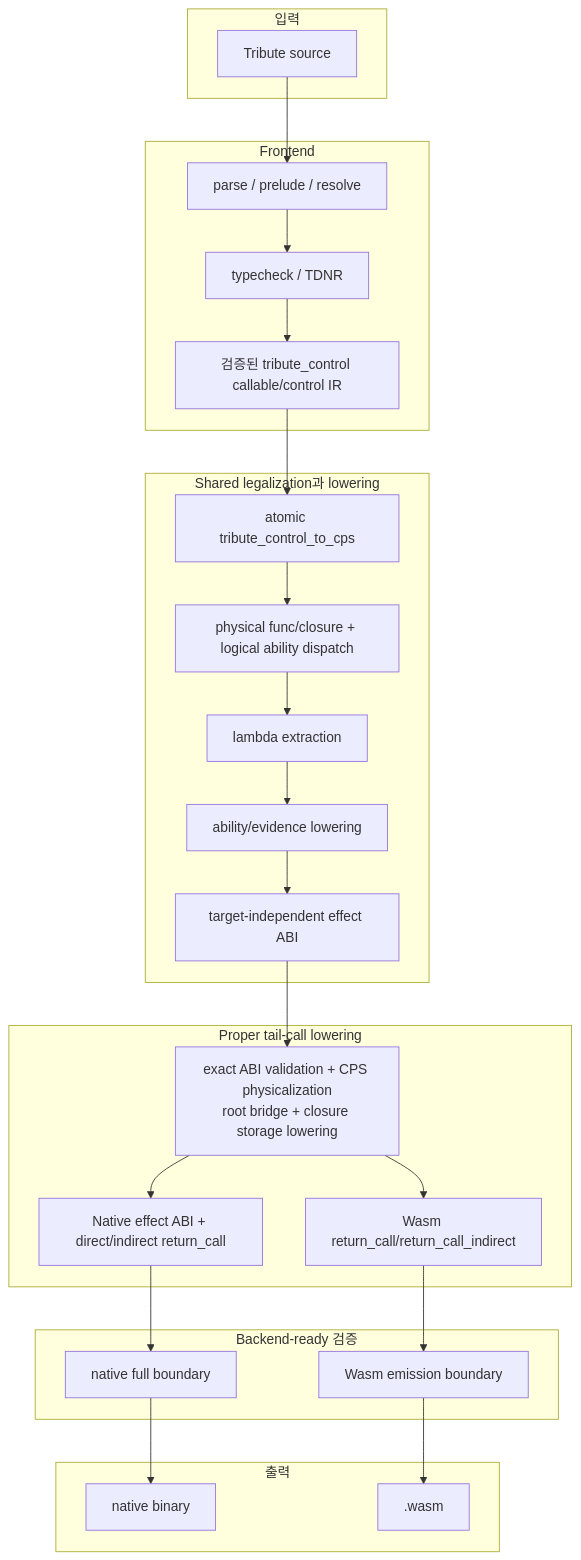
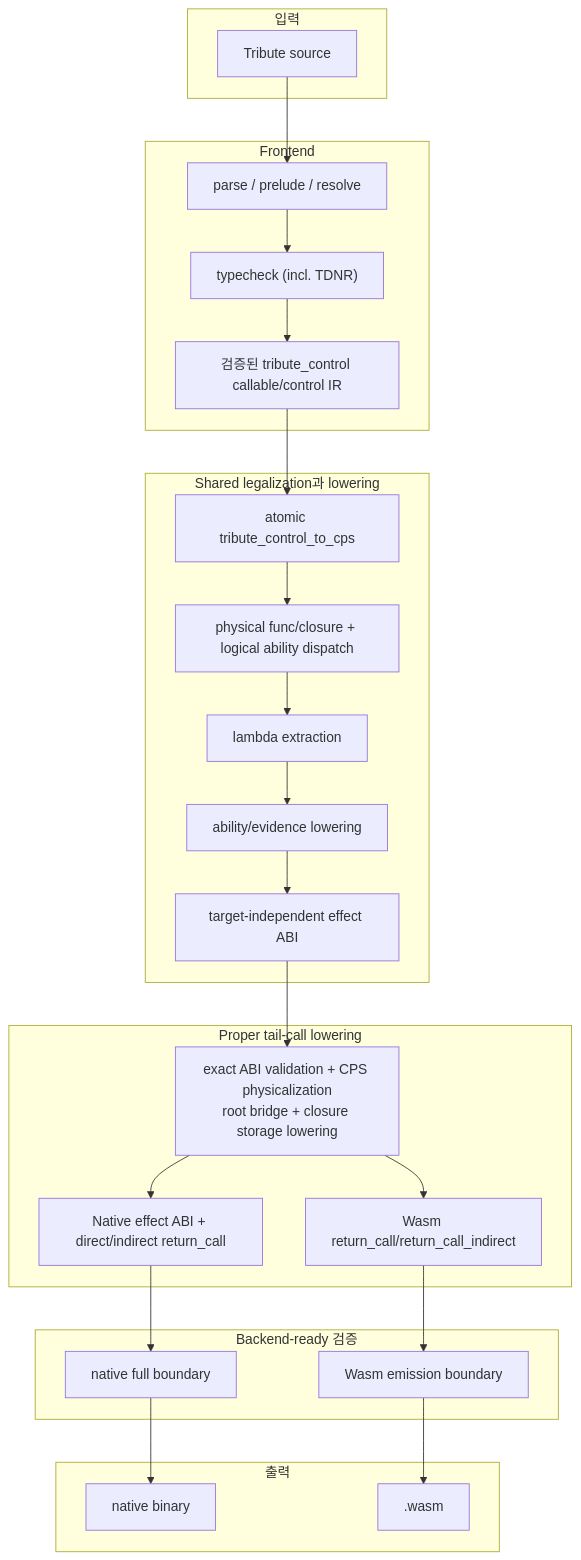
The diagram in new-plans/implementation.md (Kroisse/tribute), drawn with Mermaid before and after one commit. The commit also changed 9 other files, not shown here.

````diff
--- a/new-plans/implementation.md
+++ b/new-plans/implementation.md
@@ -732,52 +732,52 @@
 ```mermaid
 flowchart TB
     subgraph input["입력"]
         source["Tribute source"]
     end
 
     subgraph frontend["Frontend"]
         parse["parse / prelude / resolve"]
-        typecheck["typecheck / TDNR"]
+        typecheck["typecheck (incl. TDNR)"]
         direct["검증된 tribute_control callable/control IR"]
     end
 
     subgraph shared["Shared legalization과 lowering"]
         cps["atomic tribute_control_to_cps"]
         physical["physical func/closure + logical ability dispatch"]
         closure["lambda extraction"]
         ability["ability/evidence lowering"]
         effect["target-independent effect ABI"]
     end
 
     subgraph targets["Proper tail-call lowering"]
         target_abi["exact ABI validation + CPS physicalization\nroot bridge + closure storage lowering"]
         native_tail["Native effect ABI + direct/indirect return_call"]
         wasm_tail["Wasm return_call/return_call_indirect"]
     end
 
     subgraph verify["Backend-ready 검증"]
         native_ready["native full boundary"]
         wasm_ready["Wasm emission boundary"]
     end
 
     subgraph output["출력"]
         native_bin["native binary"]
         wasm_bin[".wasm"]
     end
 
     source --> parse
     parse --> typecheck
     typecheck --> direct
     direct --> cps
     cps --> physical
     physical --> closure
     closure --> ability
     ability --> effect
     effect --> target_abi
     target_abi --> native_tail
     target_abi --> wasm_tail
     native_tail --> native_ready
     wasm_tail --> wasm_ready
     native_ready --> native_bin
     wasm_ready --> wasm_bin
 ```
````
